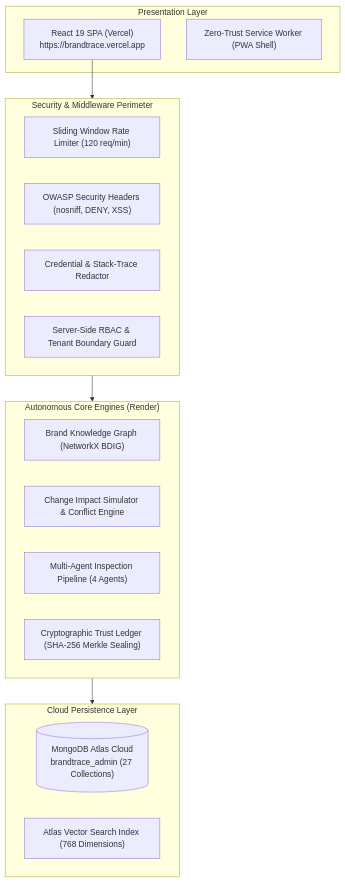
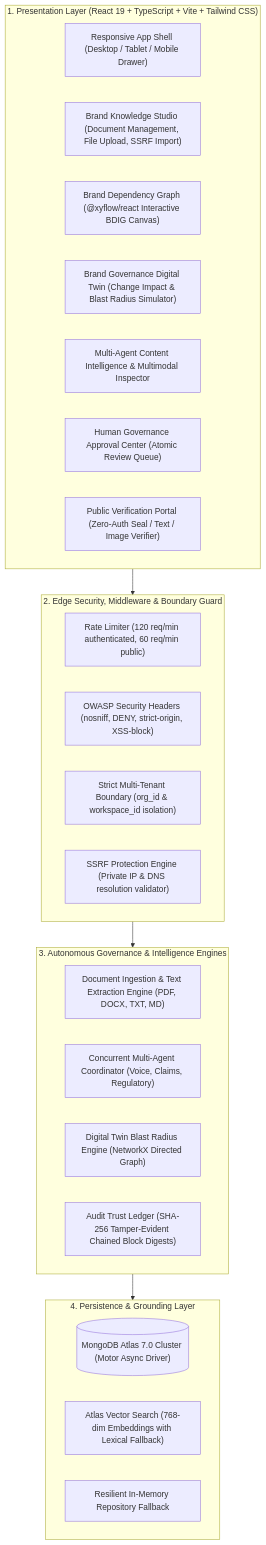
One commit to Jaswant-Karun/BrandTrace-AI changed the diagram in README.md. Above: the diagram before and after it, drawn with Mermaid. The commit also changed other lines of this file and 5 other files, not shown here.

````diff
--- a/README.md
+++ b/README.md
@@ -147,30 +53,36 @@
 ```mermaid
 flowchart TB
-    subgraph Presentation ["Presentation Layer"]
-        Vercel_App["React 19 SPA (Vercel)\nhttps://brandtrace.vercel.app"]
-        Service_Worker["Zero-Trust Service Worker (PWA Shell)"]
+    subgraph PresentationLayer ["1. Presentation Layer (React 19 + TypeScript + Vite + Tailwind CSS)"]
+        UI_Nav["Responsive App Shell (Desktop / Tablet / Mobile Drawer)"]
+        UI_KB["Brand Knowledge Studio (Document Management, File Upload, SSRF Import)"]
+        UI_Canvas["Brand Dependency Graph (@xyflow/react Interactive BDIG Canvas)"]
+        UI_Twin["Brand Governance Digital Twin (Change Impact & Blast Radius Simulator)"]
+        UI_Inspect["Multi-Agent Content Intelligence & Multimodal Inspector"]
+        UI_Approvals["Human Governance Approval Center (Atomic Review Queue)"]
+        UI_Portal["Public Verification Portal (Zero-Auth Seal / Text / Image Verifier)"]
     end
 
-    subgraph Security ["Security & Middleware Perimeter"]
-        Rate_Limiter["Sliding Window Rate Limiter (120 req/min)"]
-        Security_Headers["OWASP Security Headers (nosniff, DENY, XSS)"]
-        Sanitization["Credential & Stack-Trace Redactor"]
-        RBAC["Server-Side RBAC & Tenant Boundary Guard"]
+    subgraph SecurityLayer ["2. Edge Security, Middleware & Boundary Guard"]
+        RateLimit["Rate Limiter (120 req/min authenticated, 60 req/min public)"]
+        SecHeaders["OWASP Security Headers (nosniff, DENY, strict-origin, XSS-block)"]
+        TenantGuard["Strict Multi-Tenant Boundary (org_id & workspace_id isolation)"]
+        SSRFGuard["SSRF Protection Engine (Private IP & DNS resolution validator)"]
     end
 
-    subgraph CoreEngines ["Autonomous Core Engines (Render)"]
-        Graph_Engine["Brand Knowledge Graph (NetworkX BDIG)"]
-        Digital_Twin["Change Impact Simulator & Conflict Engine"]
-        Agent_Pipeline["Multi-Agent Inspection Pipeline (4 Agents)"]
-        Ledger_Engine["Cryptographic Trust Ledger (SHA-256 Merkle Sealing)"]
+    subgraph CoreEngines ["3. Autonomous Governance & Intelligence Engines"]
+        DocEngine["Document Ingestion & Text Extraction Engine (PDF, DOCX, TXT, MD)"]
+        AgentPipeline["Concurrent Multi-Agent Coordinator (Voice, Claims, Regulatory)"]
+        DigitalTwin["Digital Twin Blast Radius Engine (NetworkX Directed Graph)"]
+        LedgerEngine["Audit Trust Ledger (SHA-256 Tamper-Evident Chained Block Digests)"]
     end
 
-    subgraph Storage ["Cloud Persistence Layer"]
-        Atlas_DB[("MongoDB Atlas Cloud\nbrandtrace_admin (27 Collections)")]
-        Atlas_Vector["Atlas Vector Search Index (768 Dimensions)"]
+    subgraph PersistenceLayer ["4. Persistence & Grounding Layer"]
+        Atlas_DB[("MongoDB Atlas 7.0 Cluster (Motor Async Driver)")]
+        Atlas_Vector["Atlas Vector Search (768-dim Embeddings with Lexical Fallback)"]
+        Memory_Fallback["Resilient In-Memory Repository Fallback"]
     end
 
-    Vercel_App --> Security
-    Security --> CoreEngines
-    CoreEngines --> Storage
+    PresentationLayer --> SecurityLayer
+    SecurityLayer --> CoreEngines
+    CoreEngines --> PersistenceLayer
 ```
````
